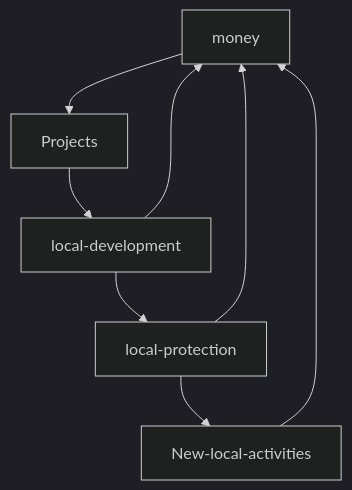
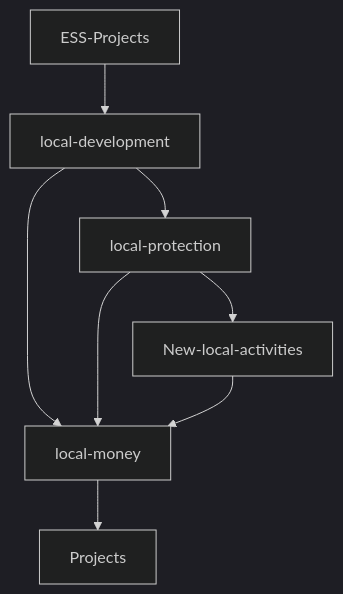
Before and after one commit to franckdun/franckdun: the diagram in README.md, drawn with Mermaid (dark theme).

````diff
--- a/README.md
+++ b/README.md
@@ -109,10 +109,10 @@
 ```mermaid
   graph TD;
-       money-->Projects;
-       Projects-->local-development;
+       local-money-->Projects;
+       ESS-Projects-->local-development;
        local-development-->local-protection;
-       local-development-->money;
+       local-development-->local-money;
        local-protection-->New-local-activities;
-       local-protection-->money;
-       New-local-activities-->money;
+       local-protection-->local-money;
+       New-local-activities-->local-money;
 ```
````
